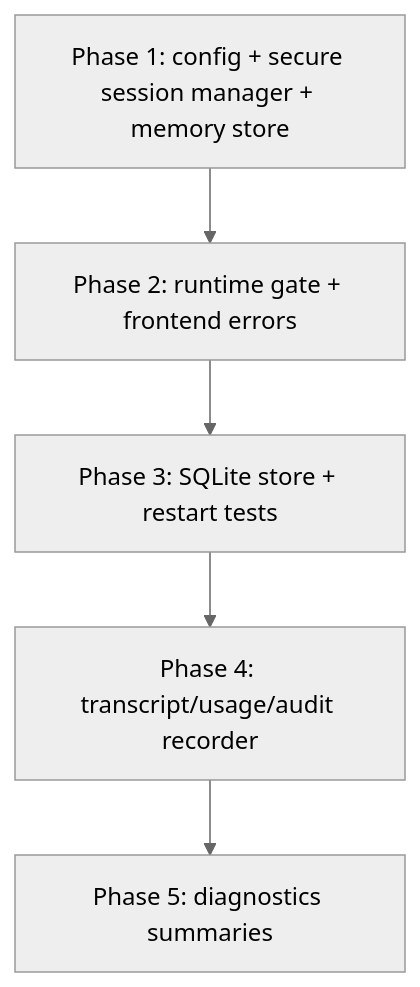
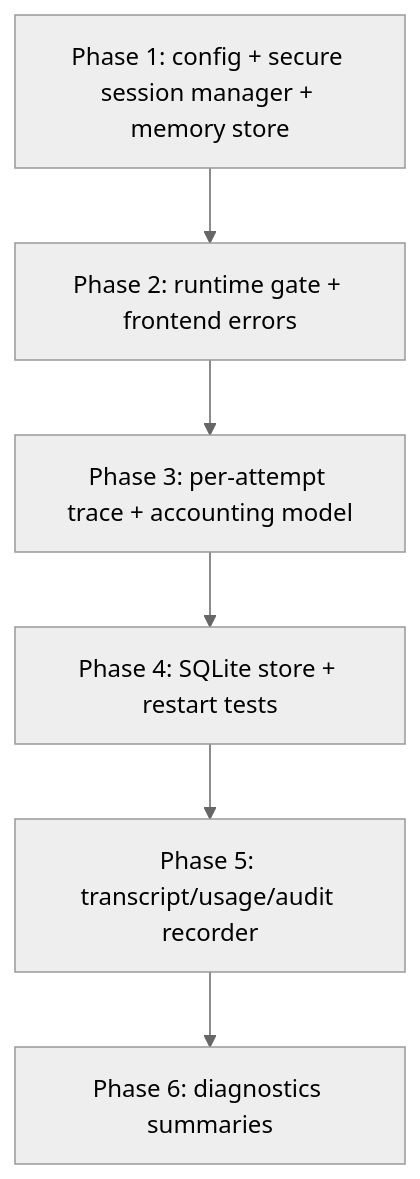
The sixth of 6 diagrams in .kiro/specs/secure-session-management/design.md (matdev83/go-llm-interactive-proxy), drawn with Mermaid (neutral theme) before and after one commit. The commit also changed other lines of this file and 3 other files, not shown here.

````diff
--- a/.kiro/specs/secure-session-management/design.md
+++ b/.kiro/specs/secure-session-management/design.md
@@ -583,7 +655,8 @@
 ```mermaid
 flowchart TD
     P1[Phase 1: config + secure session manager + memory store] --> P2[Phase 2: runtime gate + frontend errors]
-    P2 --> P3[Phase 3: SQLite store + restart tests]
-    P3 --> P4[Phase 4: transcript/usage/audit recorder]
-    P4 --> P5[Phase 5: diagnostics summaries]
+    P2 --> P3[Phase 3: per-attempt trace + accounting model]
+    P3 --> P4[Phase 4: SQLite store + restart tests]
+    P4 --> P5[Phase 5: transcript/usage/audit recorder]
+    P5 --> P6[Phase 6: diagnostics summaries]
 ```
````
